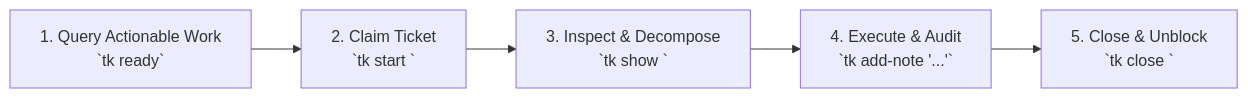
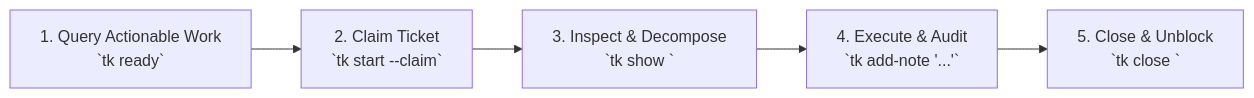
The diagram in AGENTS.md (msampathkumar/ticket), drawn with Mermaid before and after one commit. The commit also changed other lines of this file and 6 other files, not shown here.

````diff
--- a/AGENTS.md
+++ b/AGENTS.md
@@ -65,7 +67,7 @@
 ```mermaid
 flowchart LR
-    A["1. Query Actionable Work<br/>`tk ready`"] --> B["2. Claim Ticket<br/>`tk start <id>`"]
+    A["1. Query Actionable Work<br/>`tk ready`"] --> B["2. Claim Ticket<br/>`tk start <id> --claim`"]
     B --> C["3. Inspect & Decompose<br/>`tk show <id>`"]
     C --> D["4. Execute & Audit<br/>`tk add-note <id> '...'`"]
     D --> E["5. Close & Unblock<br/>`tk close <id>`"]
 ```
````
